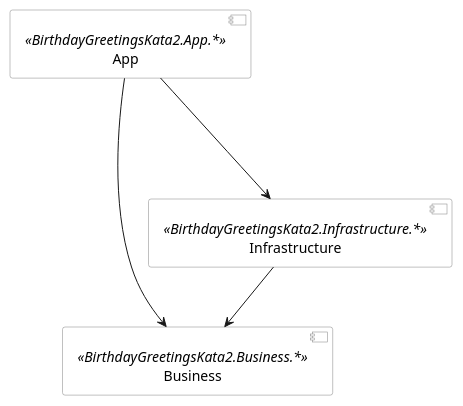
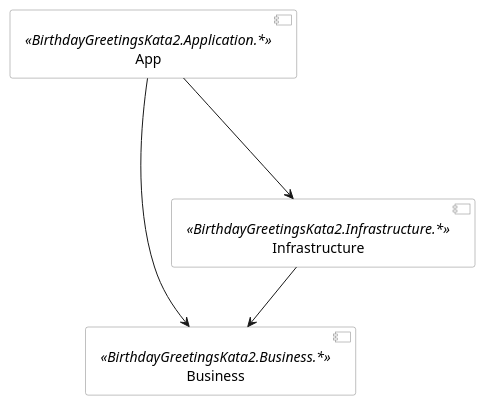
The diagram in 04-refactoring-to-hexagonal-architecture-2/BirthdayGreetingsKata2.Tests/ArchitectureConstraints/architecture.puml (franreyes/architecture-constraints), drawn with PlantUML before and after one commit.

```diff
--- a/04-refactoring-to-hexagonal-architecture-2/BirthdayGreetingsKata2.Tests/ArchitectureConstraints/architecture.puml
+++ b/04-refactoring-to-hexagonal-architecture-2/BirthdayGreetingsKata2.Tests/ArchitectureConstraints/architecture.puml
@@ -1,18 +1,18 @@
 @startuml
 
 skinparam componentStyle uml2
 skinparam component {
   BorderColor #grey
   BackgroundColor #white
 }
 
 [Business] <<BirthdayGreetingsKata2.Business.*>>
 [Infrastructure] <<BirthdayGreetingsKata2.Infrastructure.*>>
-[App] <<BirthdayGreetingsKata2.App.*>>
+[App] <<BirthdayGreetingsKata2.Application.*>>
 
 [App] ---> [Business]
 [Infrastructure] --> [Business]
 [App] ---> [Infrastructure]
 
 
 @enduml
```
